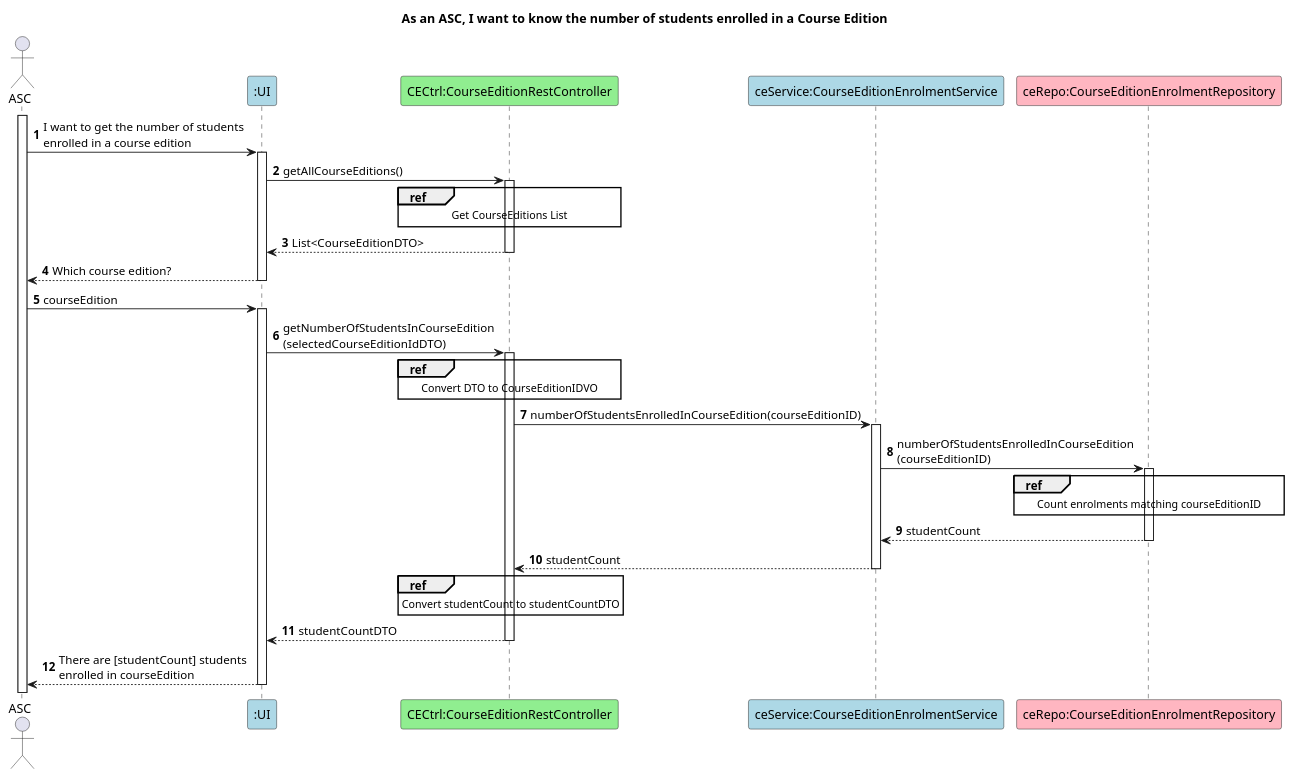
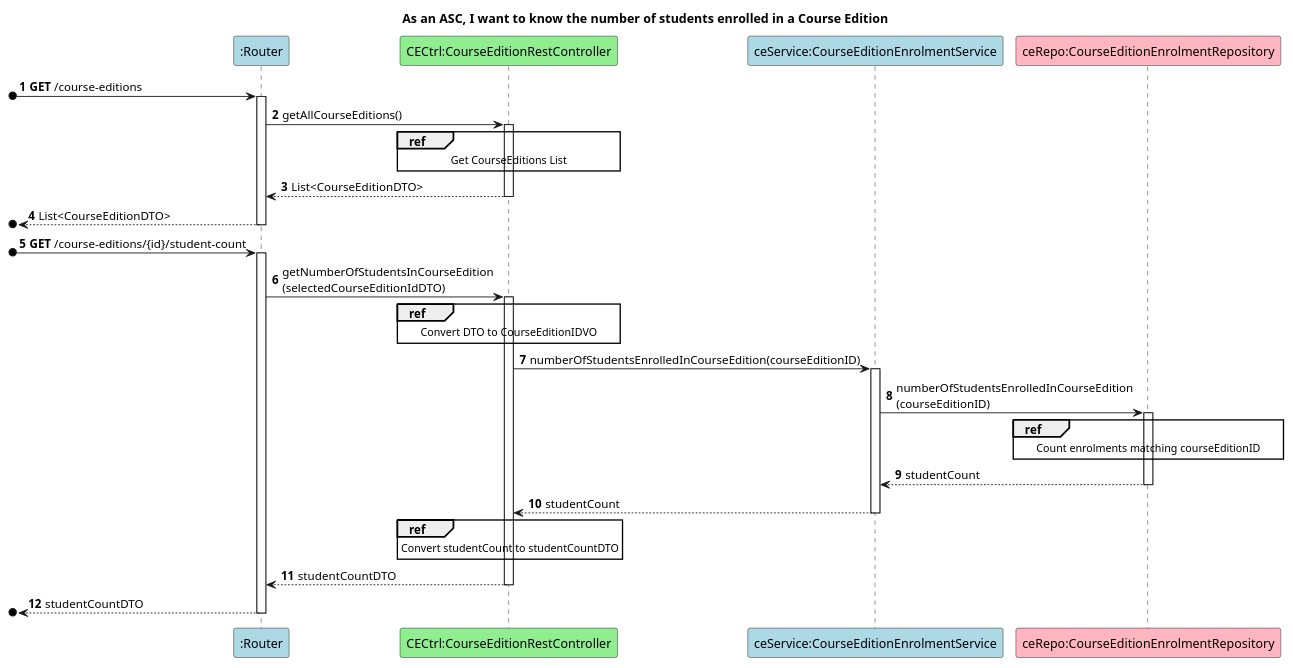
The diagram in docs/US36/ScenarioView/Level4.puml (GasparISEP/DevOps-PAI), drawn with PlantUML before and after one commit.

Commit message:
Ref #652, #658: Refactor Level 4 Scenario View diagram by removing actor from diagram

```diff
--- a/docs/US36/ScenarioView/Level4.puml
+++ b/docs/US36/ScenarioView/Level4.puml
@@ -1,52 +1,49 @@
 @startuml
 
 autonumber
 
 title As an ASC, I want to know the number of students enrolled in a Course Edition
 
-actor ASC as Admin
-
-participant ":UI" as UI #lightblue
+participant ":Router" as UI #lightblue
 participant "CECtrl:CourseEditionRestController" as ceC #lightgreen
 participant "ceService:CourseEditionEnrolmentService" as S #lightblue
 participant "ceRepo:CourseEditionEnrolmentRepository" as R #lightpink
 
-activate Admin
-Admin -> UI ++: I want to get the number of students \nenrolled in a course edition
+[o-> UI ++: **GET** /course-editions
 
 UI -> ceC ++: getAllCourseEditions()
 
 ref over ceC
     Get CourseEditions List
 end ref
 
 ceC --> UI --: List<CourseEditionDTO>
-UI --> Admin --: Which course edition?
+[o<-- UI --: List<CourseEditionDTO>
 
-Admin -> UI ++ : courseEdition
+[o-> UI ++ : **GET** /course-editions/{id}/student-count
 
 UI -> ceC ++ : getNumberOfStudentsInCourseEdition\n(selectedCourseEditionIdDTO)
 
 ref over ceC
     Convert DTO to CourseEditionIDVO
 end ref
 
 ceC -> S ++ : numberOfStudentsEnrolledInCourseEdition(courseEditionID)
 
 S -> R ++ : numberOfStudentsEnrolledInCourseEdition\n(courseEditionID)
 
 ref over R
     Count enrolments matching courseEditionID
 end ref
 
 R --> S --: studentCount
 S --> ceC --: studentCount
 
 ref over ceC
     Convert studentCount to studentCountDTO
 end ref
 
 ceC --> UI --: studentCountDTO
-UI --> Admin --: There are [studentCount] students \nenrolled in courseEdition
+[o<-- UI --: studentCountDTO
 
 @enduml
```
